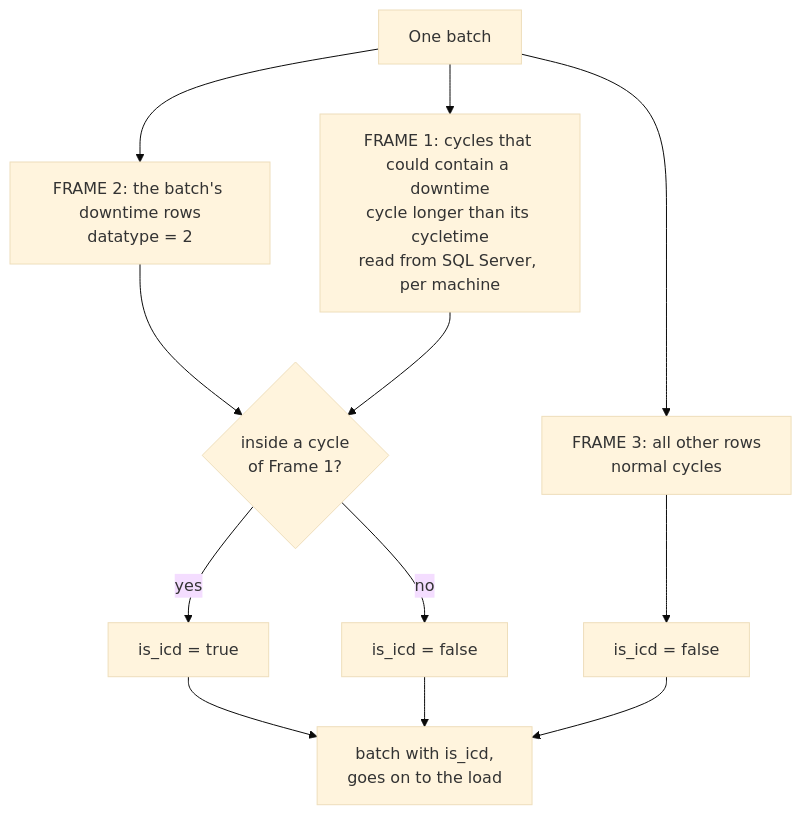
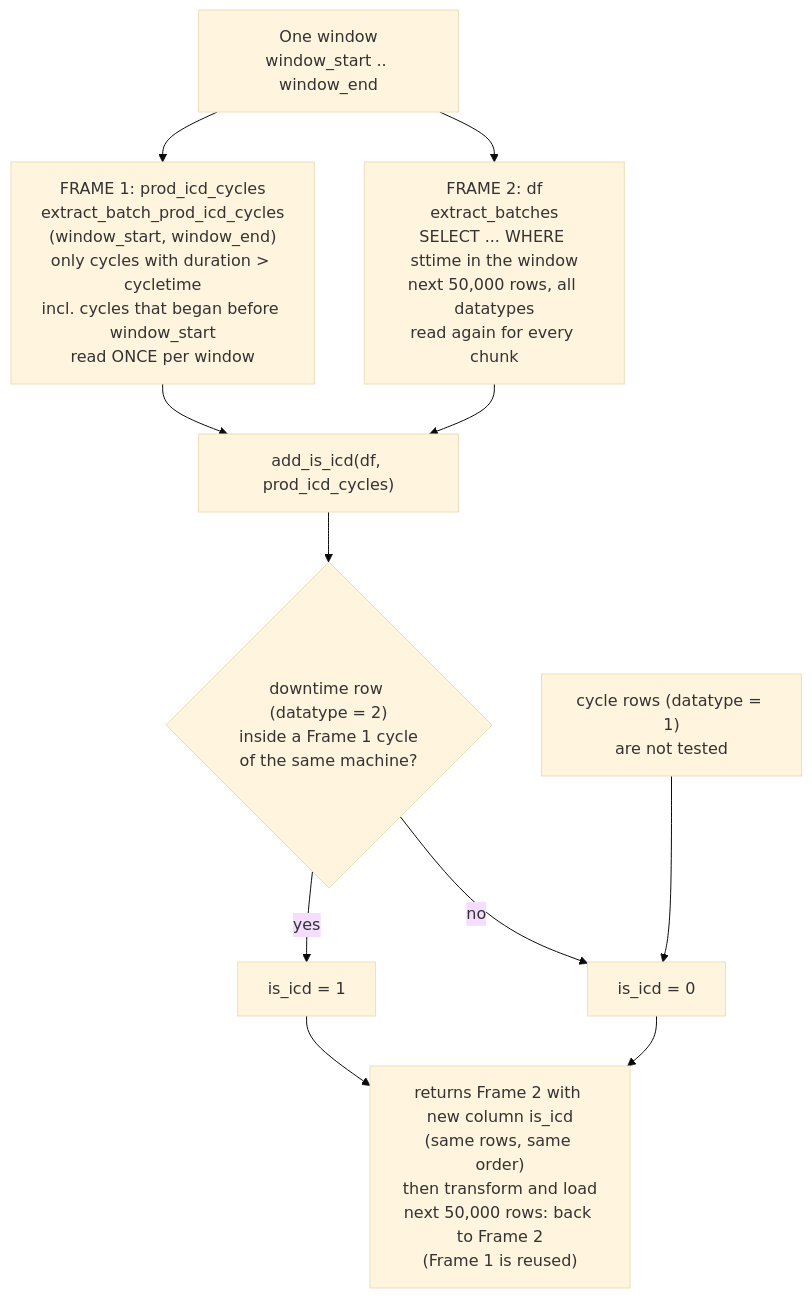
The second of 3 diagrams in README.md (yaswanth-amit/PG_Migration), drawn with Mermaid (base theme) before and after one commit. The commit also changed other lines of this file and 8 other files, not shown here.

````diff
--- a/README.md
+++ b/README.md
@@ -67,14 +89,14 @@
 ```mermaid
 flowchart TD
-    A["One batch"] --> F1["FRAME 1: cycles that could contain a downtime<br/>cycle longer than its cycletime<br/>read from SQL Server, per machine"]
-    A --> F2["FRAME 2: the batch's downtime rows<br/>datatype = 2"]
-    A --> F3["FRAME 3: all other rows<br/>normal cycles"]
-    F2 --> M{"inside a cycle<br/>of Frame 1?"}
-    F1 --> M
-    M -->|yes| T["is_icd = true"]
-    M -->|no| N["is_icd = false"]
-    F3 --> N2["is_icd = false"]
-    T --> OUT["batch with is_icd,<br/>goes on to the load"]
+    W["One window<br/>window_start .. window_end"]
+    W --> F1["FRAME 1: prod_icd_cycles<br/>extract_batch_prod_icd_cycles<br/>(window_start, window_end)<br/>only cycles with duration > cycletime<br/>incl. cycles that began before window_start<br/>read ONCE per window"]
+    W --> F2["FRAME 2: df<br/>extract_batches<br/>SELECT ... WHERE sttime in the window<br/>next 50,000 rows, all datatypes<br/>read again for every chunk"]
+    F1 --> A["add_is_icd(df, prod_icd_cycles)"]
+    F2 --> A
+    A --> R{"downtime row (datatype = 2)<br/>inside a Frame 1 cycle<br/>of the same machine?"}
+    R -->|yes| T["is_icd = 1"]
+    R -->|no| N["is_icd = 0"]
+    cyc["cycle rows (datatype = 1)<br/>are not tested"] --> N
+    T --> OUT["returns Frame 2 with new column is_icd<br/>(same rows, same order)<br/>then transform and load<br/>next 50,000 rows: back to Frame 2<br/>(Frame 1 is reused)"]
     N --> OUT
-    N2 --> OUT
 ```
````
